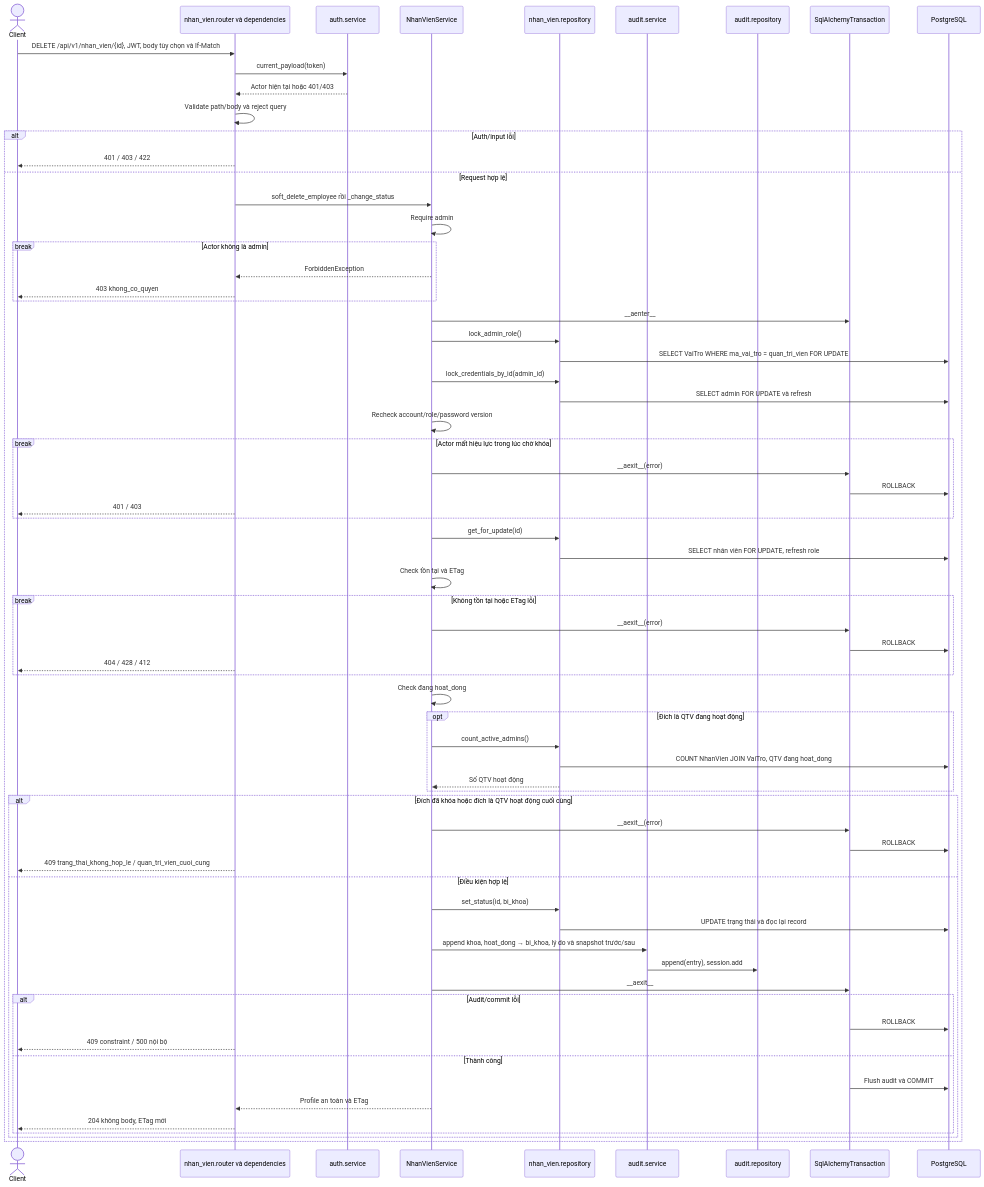
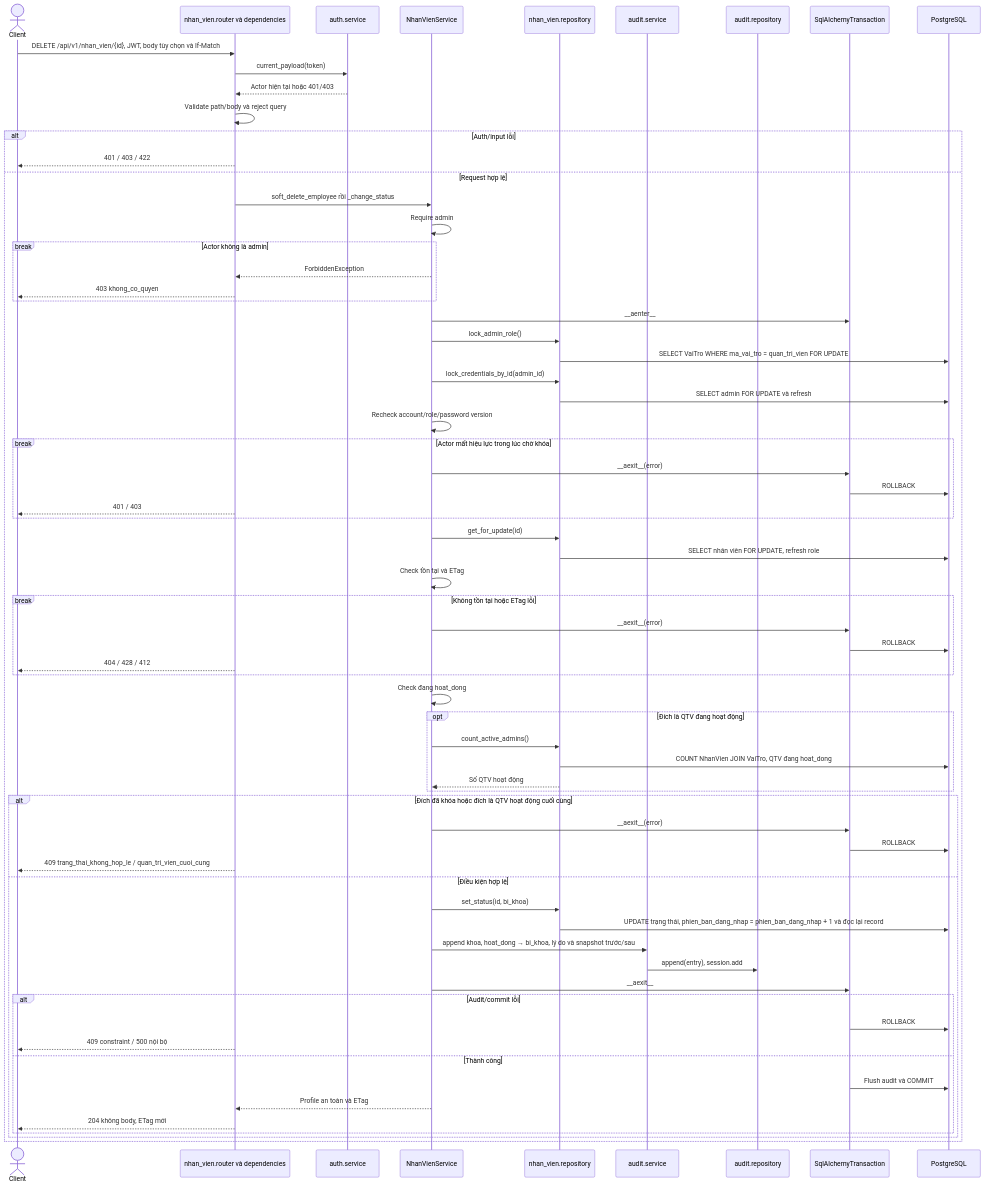
The fifth of 9 diagrams in docs/sequence/nhan_vien.md (thanhklt/xbike-mrp-system), drawn with Mermaid before and after one commit. The commit also changed other lines of this file and 14 other files, not shown here.

````diff
--- a/docs/sequence/nhan_vien.md
+++ b/docs/sequence/nhan_vien.md
@@ -311,70 +313,70 @@
 ```mermaid
 sequenceDiagram
     actor C as Client
     participant R as nhan_vien.router và dependencies
     participant A as auth.service
     participant N as NhanVienService
     participant P as nhan_vien.repository
     participant AU as audit.service
     participant AR as audit.repository
     participant T as SqlAlchemyTransaction
     participant DB as PostgreSQL
     C->>R: DELETE /api/v1/nhan_vien/{id}, JWT, body tùy chọn và If-Match
     R->>A: current_payload(token)
     A-->>R: Actor hiện tại hoặc 401/403
     R->>R: Validate path/body và reject query
     alt Auth/input lỗi
         R-->>C: 401 / 403 / 422
     else Request hợp lệ
         R->>N: soft_delete_employee rồi _change_status
         N->>N: Require admin
         break Actor không là admin
             N-->>R: ForbiddenException
             R-->>C: 403 khong_co_quyen
         end
         N->>T: __aenter__
         N->>P: lock_admin_role()
         P->>DB: SELECT VaiTro WHERE ma_vai_tro = quan_tri_vien FOR UPDATE
         N->>P: lock_credentials_by_id(admin_id)
         P->>DB: SELECT admin FOR UPDATE và refresh
         N->>N: Recheck account/role/password version
         break Actor mất hiệu lực trong lúc chờ khóa
             N->>T: __aexit__(error)
             T->>DB: ROLLBACK
             R-->>C: 401 / 403
         end
         N->>P: get_for_update(id)
         P->>DB: SELECT nhân viên FOR UPDATE, refresh role
         N->>N: Check tồn tại và ETag
         break Không tồn tại hoặc ETag lỗi
             N->>T: __aexit__(error)
             T->>DB: ROLLBACK
             R-->>C: 404 / 428 / 412
         end
         N->>N: Check đang hoat_dong
         opt Đích là QTV đang hoạt động
             N->>P: count_active_admins()
             P->>DB: COUNT NhanVien JOIN VaiTro, QTV đang hoat_dong
             P-->>N: Số QTV hoạt động
         end
         alt Đích đã khóa hoặc đích là QTV hoạt động cuối cùng
             N->>T: __aexit__(error)
             T->>DB: ROLLBACK
             R-->>C: 409 trang_thai_khong_hop_le / quan_tri_vien_cuoi_cung
         else Điều kiện hợp lệ
             N->>P: set_status(id, bi_khoa)
-            P->>DB: UPDATE trạng thái và đọc lại record
+            P->>DB: UPDATE trạng thái, phien_ban_dang_nhap = phien_ban_dang_nhap + 1 và đọc lại record
             N->>AU: append khoa, hoat_dong → bi_khoa, lý do và snapshot trước/sau
             AU->>AR: append(entry), session.add
             N->>T: __aexit__
             alt Audit/commit lỗi
                 T->>DB: ROLLBACK
                 R-->>C: 409 constraint / 500 nội bộ
             else Thành công
                 T->>DB: Flush audit và COMMIT
                 N-->>R: Profile an toàn và ETag
                 R-->>C: 204 không body, ETag mới
             end
         end
     end
 ```
````
